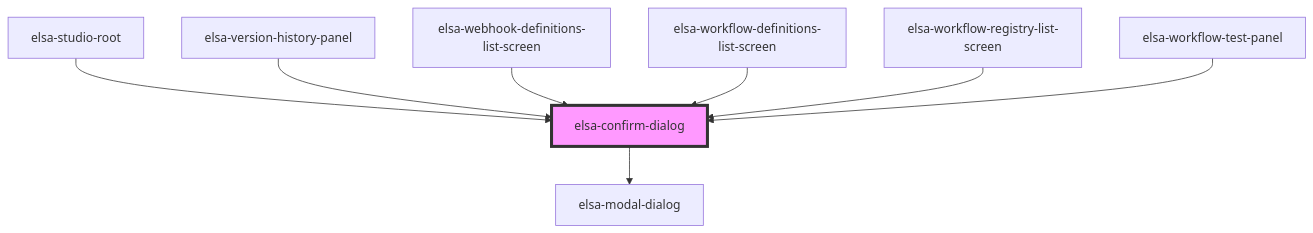
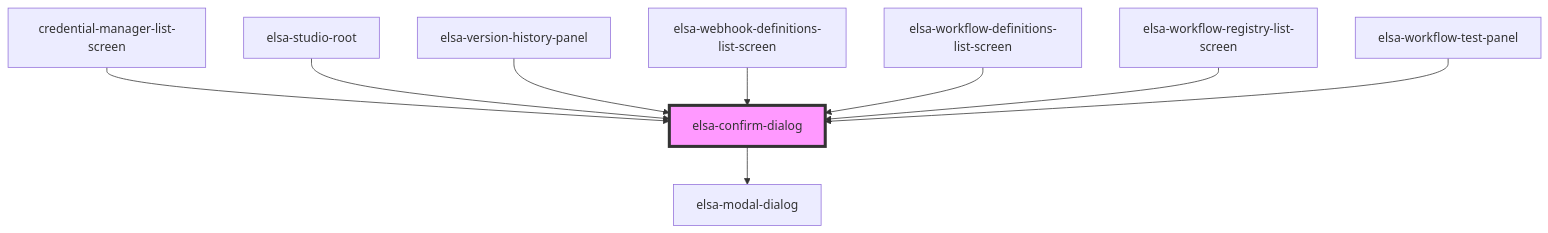
One commit to elsa-workflows/elsa-core changed the diagram in src/designer/elsa-workflows-studio/src/components/shared/elsa-confirm-dialog/readme.md. Above: the diagram before and after it, drawn with Mermaid. The commit also changed other lines of this file and 111 other files, not shown here.

First line of the commit message:
Credential manager (#2897)

````diff
--- a/src/designer/elsa-workflows-studio/src/components/shared/elsa-confirm-dialog/readme.md
+++ b/src/designer/elsa-workflows-studio/src/components/shared/elsa-confirm-dialog/readme.md
@@ -54,11 +55,12 @@
 ```mermaid
 graph TD;
   elsa-confirm-dialog --> elsa-modal-dialog
+  credential-manager-list-screen --> elsa-confirm-dialog
   elsa-studio-root --> elsa-confirm-dialog
   elsa-version-history-panel --> elsa-confirm-dialog
   elsa-webhook-definitions-list-screen --> elsa-confirm-dialog
   elsa-workflow-definitions-list-screen --> elsa-confirm-dialog
   elsa-workflow-registry-list-screen --> elsa-confirm-dialog
   elsa-workflow-test-panel --> elsa-confirm-dialog
   style elsa-confirm-dialog fill:#f9f,stroke:#333,stroke-width:4px
 ```
````
